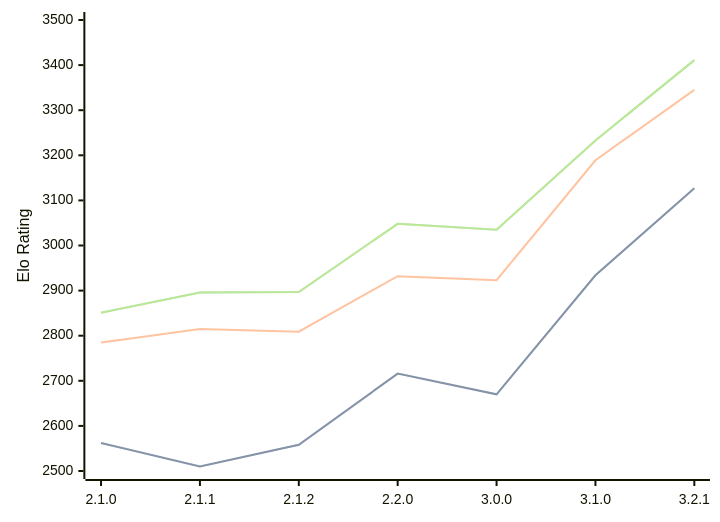
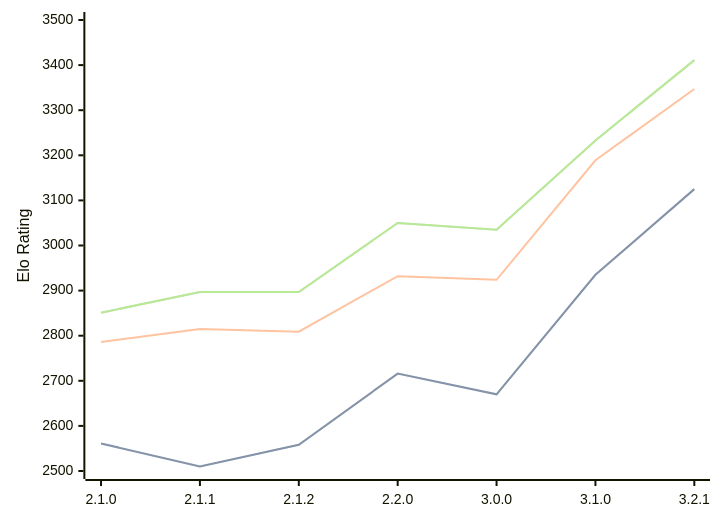
The diagram in engines/Prune.md (computer-chess-index/cci), drawn with Mermaid before and after one commit. The commit also changed other lines of this file, not shown here.

Commit message:
Update CCI Ratings (ELO VLTC) - 2026-04-05

````diff
--- a/engines/Prune.md
+++ b/engines/Prune.md
@@ -42,11 +42,11 @@
 ```mermaid
 %%{init: {"theme":"base","themeVariables":{"seriesColors:['#a3a3a3','#222221','#faa371']}}}%%
 xychart-beta
   x-axis ["2.1.0", "2.1.1", "2.1.2", "2.2.0", "3.0.0", "3.1.0", "3.2.1"]
   y-axis "Elo Rating" 2500 --> 3500
-  line "STC (8.0+0.08s)" [2562, 2510, 2558, 2716, 2670, 2934, 3127]
-  line "STC (8.0+0.08s)" [2562, 2510, 2558, 2716, 2670, 2934, 3127]
-  line "LTC (60.0+0.60s)" [2785, 2815, 2809, 2932, 2923, 3189, 3345]
-  line "VLTC (2m24s+1.12s)" [2851, 2896, 2897, 3048, 3035, 3233, 3411]
-  line "VLTC (2m24s+1.12s)" [2851, 2896, 2897, 3048, 3035, 3233, 3411]
+  line "STC (8.0+0.08s)" [2561, 2510, 2558, 2716, 2670, 2935, 3125]
+  line "STC (8.0+0.08s)" [2561, 2510, 2558, 2716, 2670, 2935, 3125]
+  line "LTC (60.0+0.60s)" [2786, 2815, 2809, 2932, 2924, 3189, 3347]
+  line "VLTC (2m24s+1.12s)" [2851, 2897, 2897, 3050, 3035, 3233, 3411]
+  line "VLTC (2m24s+1.12s)" [2851, 2897, 2897, 3050, 3035, 3233, 3411]
 ```
````
